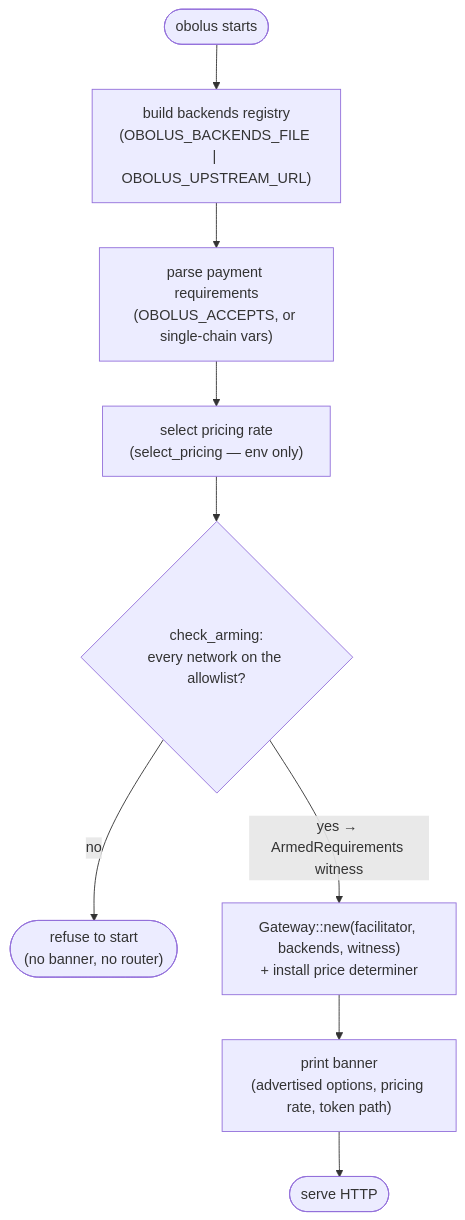
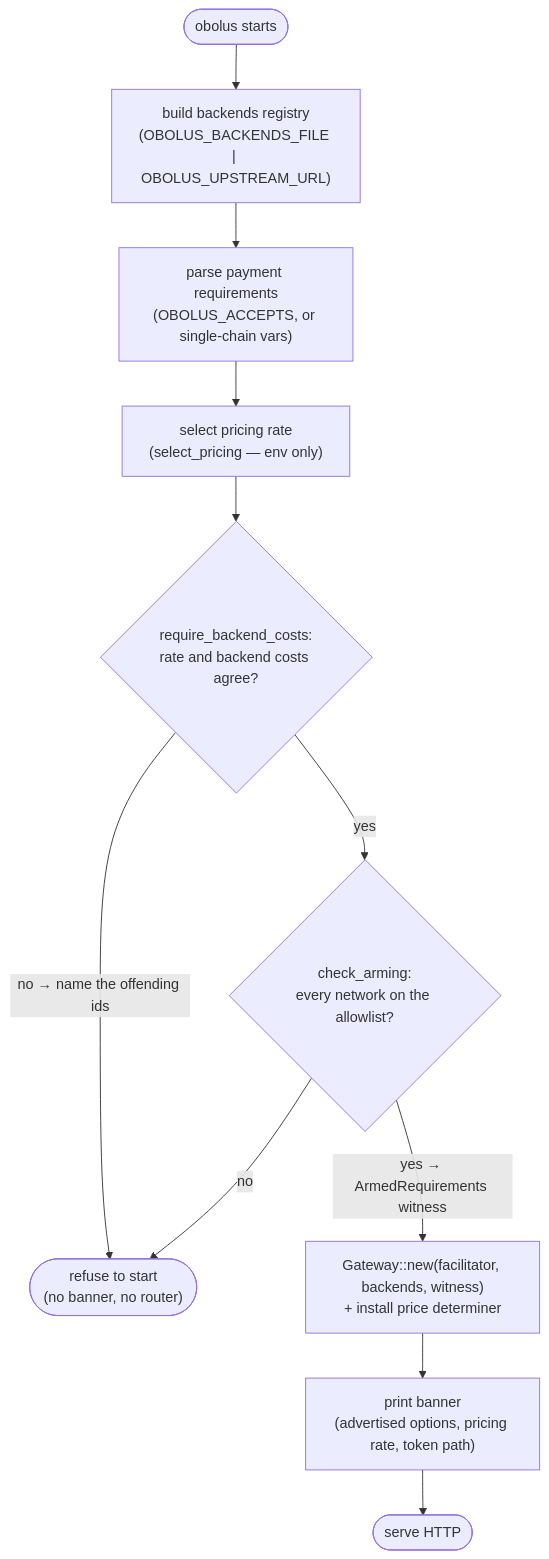
Before and after one commit to geekinasuit/obolus: the third of 5 diagrams in docs/architecture.md, drawn with Mermaid. The commit also changed other lines of this file and 8 other files, not shown here.

````diff
--- a/docs/architecture.md
+++ b/docs/architecture.md
@@ -178,11 +178,13 @@
 ```mermaid
 flowchart TB
   start(["obolus starts"]) --> be["build backends registry<br/>(OBOLUS_BACKENDS_FILE | OBOLUS_UPSTREAM_URL)"]
   be --> reqs["parse payment requirements<br/>(OBOLUS_ACCEPTS, or single-chain vars)"]
   reqs --> price["select pricing rate<br/>(select_pricing — env only)"]
-  price --> arm{"check_arming:<br/>every network on the allowlist?"}
-  arm -->|"no"| refuse(["refuse to start<br/>(no banner, no router)"])
+  price --> cov{"require_backend_costs:<br/>rate and backend costs agree?"}
+  cov -->|"no → name the offending ids"| refuse(["refuse to start<br/>(no banner, no router)"])
+  cov -->|"yes"| arm{"check_arming:<br/>every network on the allowlist?"}
+  arm -->|"no"| refuse
   arm -->|"yes → ArmedRequirements witness"| gw["Gateway::new(facilitator, backends, witness)<br/>+ install price determiner"]
   gw --> banner["print banner<br/>(advertised options, pricing rate, token path)"]
   banner --> serve(["serve HTTP"])
 ```
````
